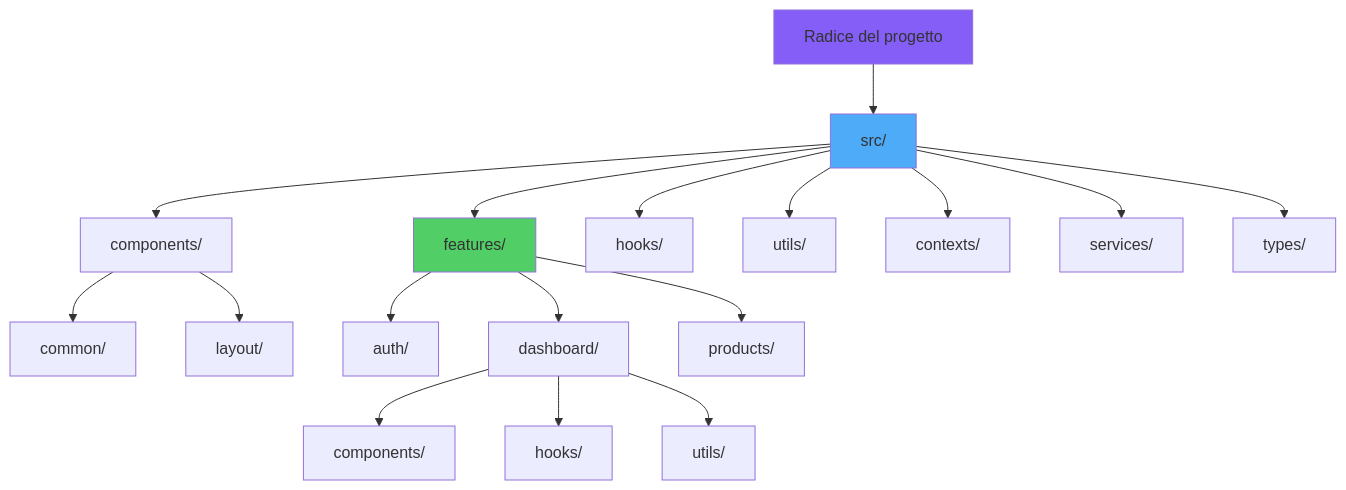
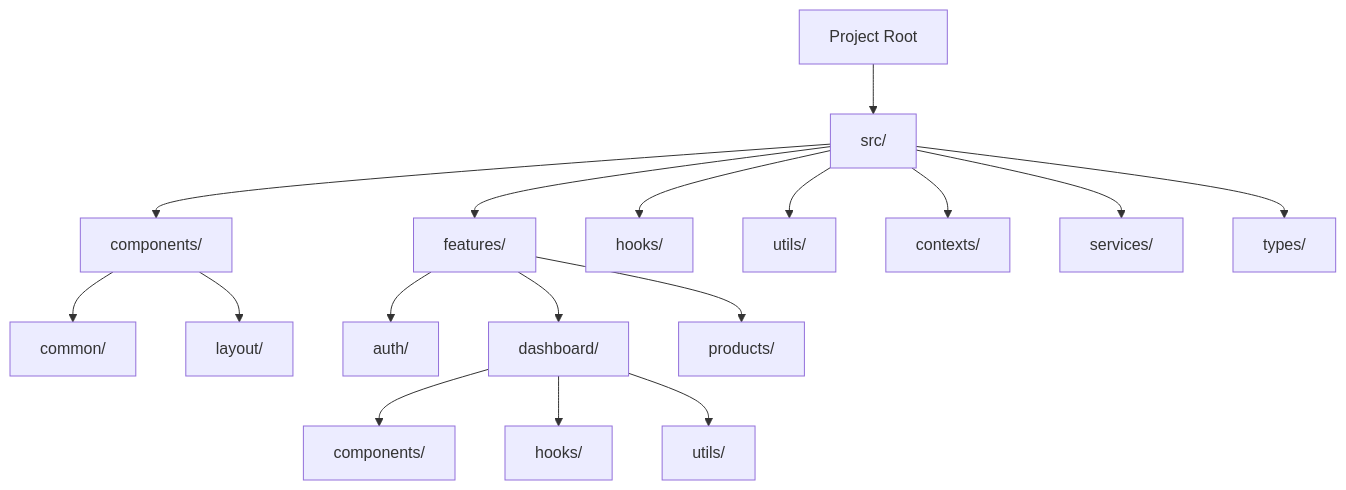
Before and after one commit to BabaScience/react-guides: the sixth of 12 diagrams in arguments/chapters/it/03-component-patterns-best-practices.md, drawn with Mermaid. The commit also changed other lines of this file and 29 other files, not shown here.

First line of the commit message:
Bring React FR/IT translations to full English parity + theme-safe diagrams

````diff
--- a/arguments/chapters/it/03-component-patterns-best-practices.md
+++ b/arguments/chapters/it/03-component-patterns-best-practices.md
@@ -199,26 +802,23 @@
 ```mermaid
 graph TD
-    A[Radice del progetto] --> B[src/]
+    A[Project Root] --> B[src/]
     B --> C[components/]
     B --> D[features/]
     B --> E[hooks/]
     B --> F[utils/]
     B --> G[contexts/]
     B --> H[services/]
     B --> I[types/]
     
     C --> C1[common/]
     C --> C2[layout/]
     
     D --> D1[auth/]
     D --> D2[dashboard/]
     D --> D3[products/]
     
     D2 --> D2A[components/]
     D2 --> D2B[hooks/]
     D2 --> D2C[utils/]
     
-    style A fill:#845ef7
-    style B fill:#4dabf7
-    style D fill:#51cf66
 ```
````
